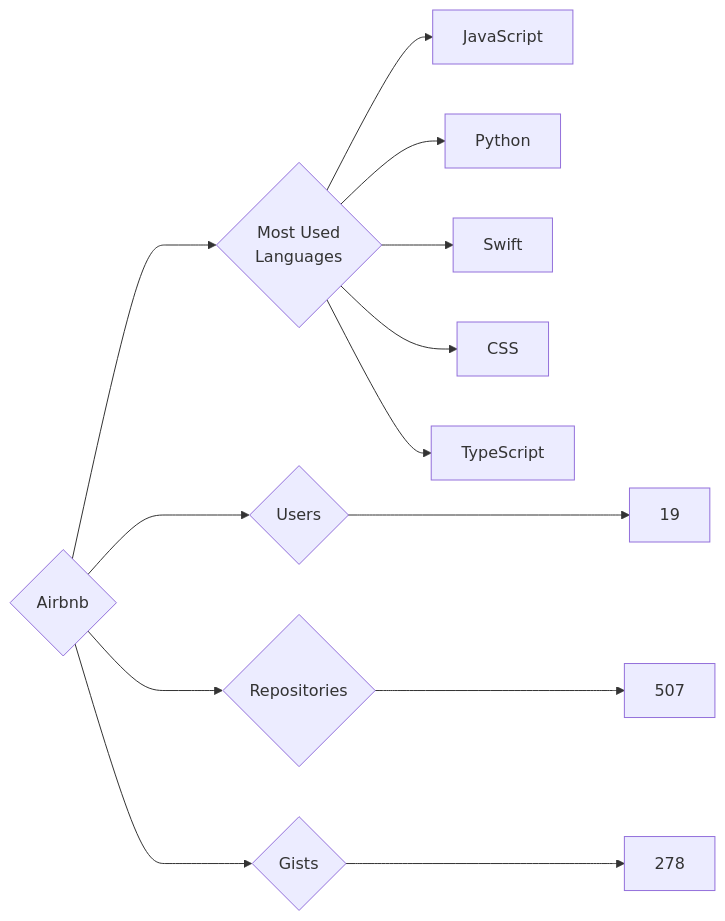
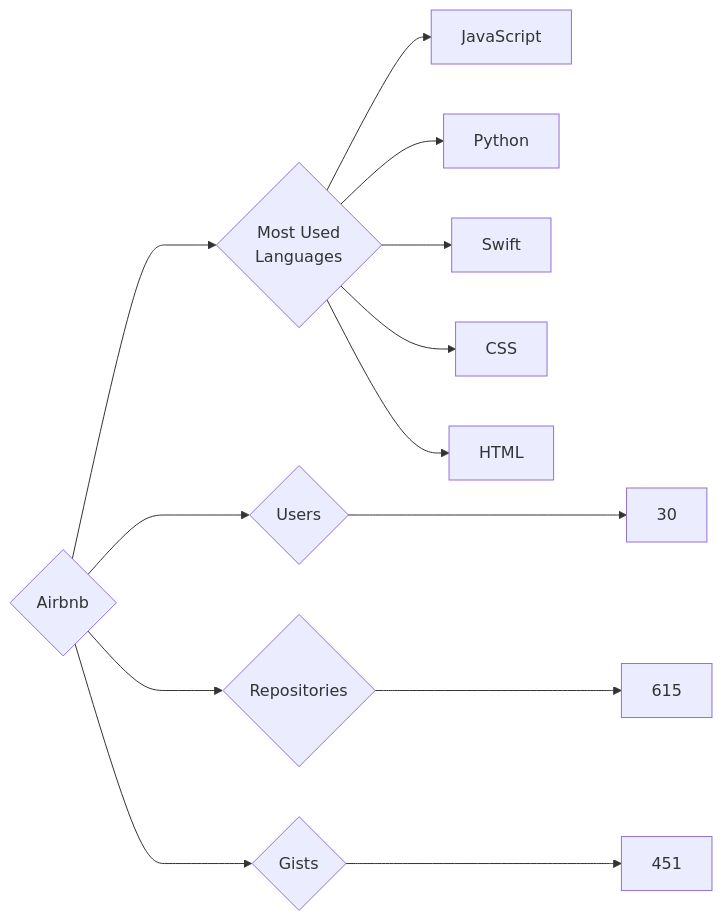
Before and after one commit to trickest/insiders: the diagram in targets/Airbnb/README.md, drawn with Mermaid. The commit also changed 721 other files, not shown here.

````diff
--- a/targets/Airbnb/README.md
+++ b/targets/Airbnb/README.md
@@ -3,13 +3,13 @@
 ```mermaid
 graph LR
 COMPANY_NAME{Airbnb}
-COMPANY_NAME ---> U{Users} ---> UN[19]
-COMPANY_NAME ---> R{Repositories} ---> RN[507]
-COMPANY_NAME ---> G{Gists} ---> GN[278]
+COMPANY_NAME ---> U{Users} ---> UN[30]
+COMPANY_NAME ---> R{Repositories} ---> RN[615]
+COMPANY_NAME ---> G{Gists} ---> GN[451]
 COMPANY_NAME ---> ML{Most Used<br>Languages}
 ML --> JavaScript[JavaScript]
 ML --> Python[Python]
 ML --> Swift[Swift]
 ML --> CSS[CSS]
-ML --> TypeScript[TypeScript]
+ML --> HTML[HTML]
 ```
````
